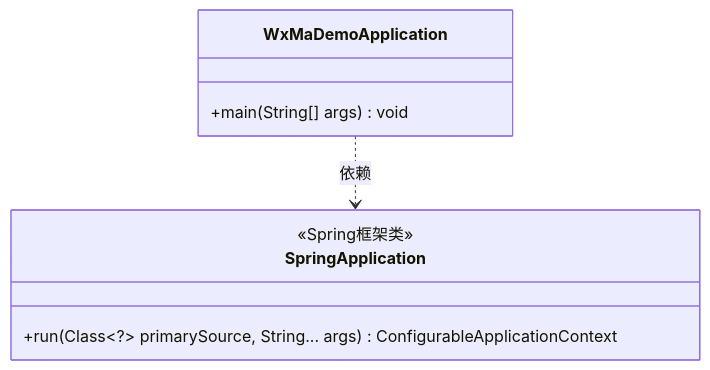
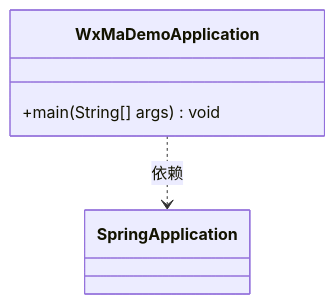
Before and after one commit to v-wjrong/rongwj666_weixin-java-miniapp-demo: the first of 2 diagrams in docs/zh/docs/src/main/java/com/github/binarywang/demo/wx/miniapp/WxMaDemoApplication.md, drawn with Mermaid. The commit also changed other lines of this file and 47 other files, not shown here.

````diff
--- a/docs/zh/docs/src/main/java/com/github/binarywang/demo/wx/miniapp/WxMaDemoApplication.md
+++ b/docs/zh/docs/src/main/java/com/github/binarywang/demo/wx/miniapp/WxMaDemoApplication.md
@@ -36,11 +36,7 @@
 ```mermaid
 classDiagram
     class WxMaDemoApplication {
         +main(String[] args) void
     }
     WxMaDemoApplication ..> SpringApplication : 依赖
-    class SpringApplication {
-        <<Spring框架类>>
-        +run(Class~?~ primarySource, String... args) ConfigurableApplicationContext
-    }
 ```
````
